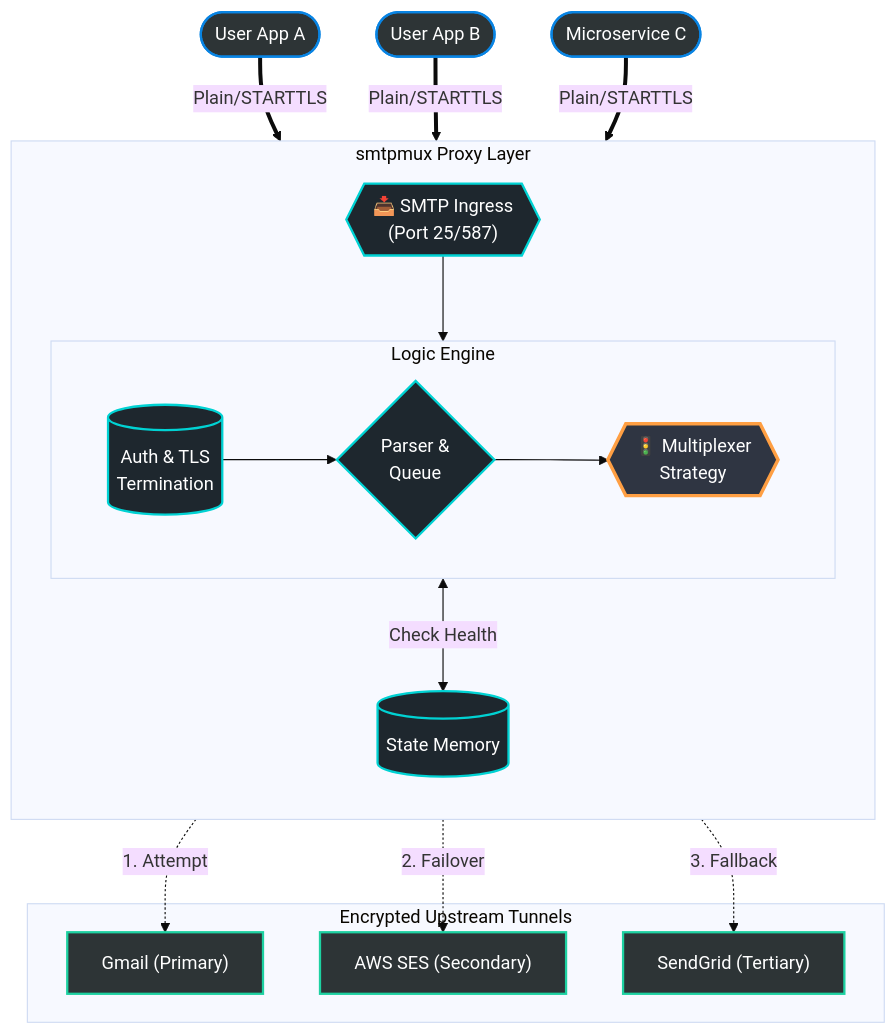
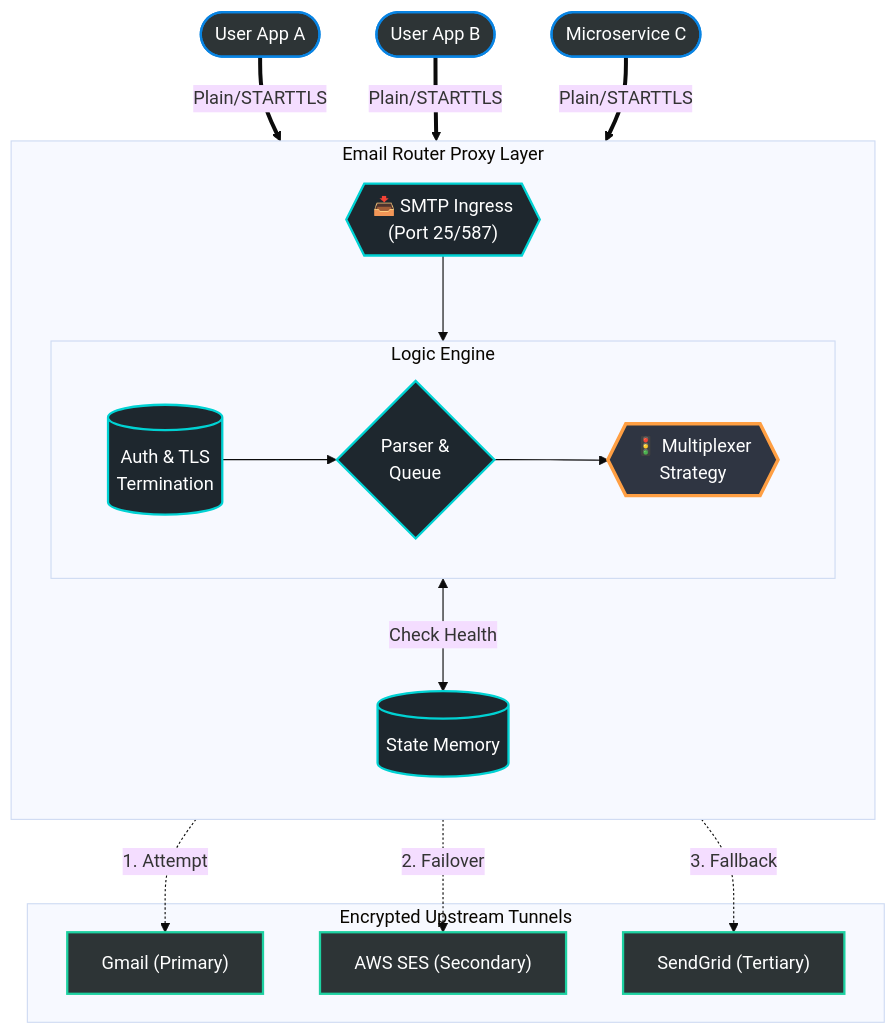
One commit to goyal-aman/smtpmux changed the diagram in readme.md. Above: the diagram before and after it, drawn with Mermaid (base theme). The commit also changed other lines of this file, not shown here.

Commit message:
rename to email-router

````diff
--- a/readme.md
+++ b/readme.md
@@ -20,51 +20,51 @@
 ```mermaid
 graph TD
     %% Node Definitions
     App1([User App A])
     App2([User App B])
     App3([Microservice C])
 
-    subgraph MUX_CORE ["smtpmux Proxy Layer"]
+    subgraph MUX_CORE ["Email Router Proxy Layer"]
         direction TB
         Ingress{{"📥 SMTP Ingress <br/> (Port 25/587)"}}
         
         subgraph ENGINE ["Logic Engine"]
             direction LR
             Auth[("Auth & TLS<br/>Termination")]
             Parser{"Parser &<br/>Queue"}
             Router{{"🚦 Multiplexer<br/>Strategy"}}
         end
 
         StateDB[(State Memory)]
     end
 
     subgraph UPSTREAMS ["Encrypted Upstream Tunnels"]
         P1["Gmail (Primary)"]
         P2["AWS SES (Secondary)"]
         P3["SendGrid (Tertiary)"]
     end
 
     %% Connections
     App1 & App2 & App3 ==>|Plain/STARTTLS| Ingress
     Ingress --> Auth
     Auth --> Parser
     Parser --> Router
     Router <-->|Check Health| StateDB
 
     %% Routing Paths
     Router -.->|1. Attempt| P1
     Router -.->|2. Failover| P2
     Router -.->|3. Fallback| P3
 
     %% Styling
     classDef app fill:#2d3436,stroke:#0984e3,stroke-width:2px,color:#fff;
     classDef engine fill:#1e272e,stroke:#00d2d3,stroke-width:2px,color:#fff;
     classDef gate fill:#2f3542,stroke:#ff9f43,stroke-width:3px,color:#fff;
     classDef provider fill:#2d3436,stroke:#1dd1a1,stroke-width:2px,color:#fff;
 
     class App1,App2,App3 app;
     class Ingress,Auth,Parser engine;
     class Router gate;
     class P1,P2,P3 provider;
     class StateDB engine;
 ```
````
